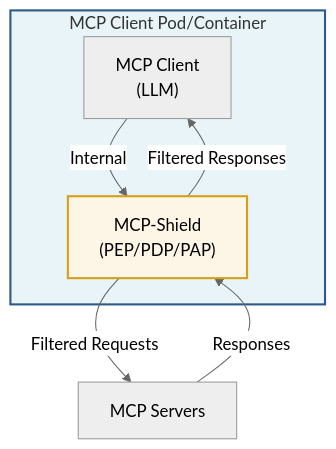
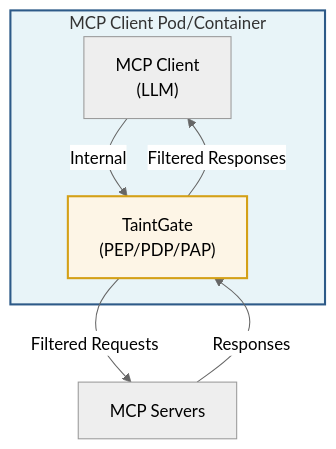
One commit to kiranv926/mcp-shield changed the sixth of 8 diagrams in ARCHITECTURE.md. Above: the diagram before and after it, drawn with Mermaid (neutral theme). The commit also changed other lines of this file and 67 other files, not shown here.

First line of the commit message:
refactor(brand): rename MCP-Shield -> TaintGate across the project

````diff
--- a/ARCHITECTURE.md
+++ b/ARCHITECTURE.md
@@ -482,15 +482,15 @@
 ```mermaid
 graph TB
     subgraph Pod["MCP Client Pod/Container"]
         Client["MCP Client<br/>(LLM)"]
-        Shield["MCP-Shield<br/>(PEP/PDP/PAP)"]
+        Shield["TaintGate<br/>(PEP/PDP/PAP)"]
         Client -->|"Internal"| Shield
     end
     
     Shield -->|"Filtered Requests"| Servers["MCP Servers"]
     Servers -->|"Responses"| Shield
     Shield -->|"Filtered Responses"| Client
     
     style Pod fill:#e8f4f8,stroke:#2d5a88,stroke-width:2px
     style Shield fill:#fdf5e6,stroke:#d4a017,stroke-width:2px
 ```
````
